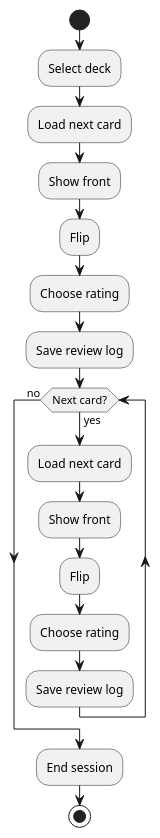
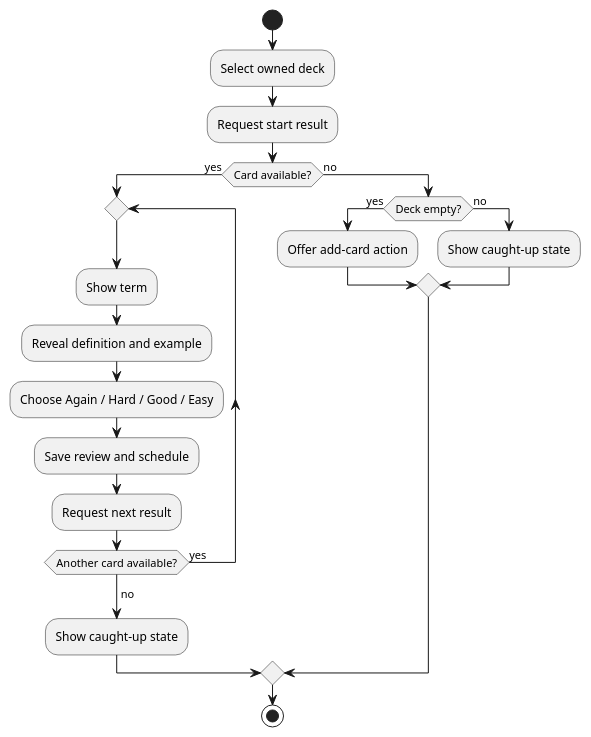
One commit to savychev/intec-ep-linguacards changed the diagram in docs/uml/activity/training-activity.puml. Above: the diagram before and after it, drawn with PlantUML. The commit also changed 21 other files, not shown here.

```diff
--- a/docs/uml/activity/training-activity.puml
+++ b/docs/uml/activity/training-activity.puml
@@ -1,20 +1,25 @@
 @startuml
 start
-:Select deck;
-:Load next card;
-:Show front;
-:Flip;
-:Choose rating;
-:Save review log;
+:Select owned deck;
+:Request start result;
 
-while (Next card?) is (yes)
-  :Load next card;
-  :Show front;
-  :Flip;
-  :Choose rating;
-  :Save review log;
-endwhile (no)
+if (Card available?) then (yes)
+  repeat
+    :Show term;
+    :Reveal definition and example;
+    :Choose Again / Hard / Good / Easy;
+    :Save review and schedule;
+    :Request next result;
+  repeat while (Another card available?) is (yes)
+  -> no;
+  :Show caught-up state;
+else (no)
+  if (Deck empty?) then (yes)
+    :Offer add-card action;
+  else (no)
+    :Show caught-up state;
+  endif
+endif
 
-:End session;
 stop
 @enduml
```
